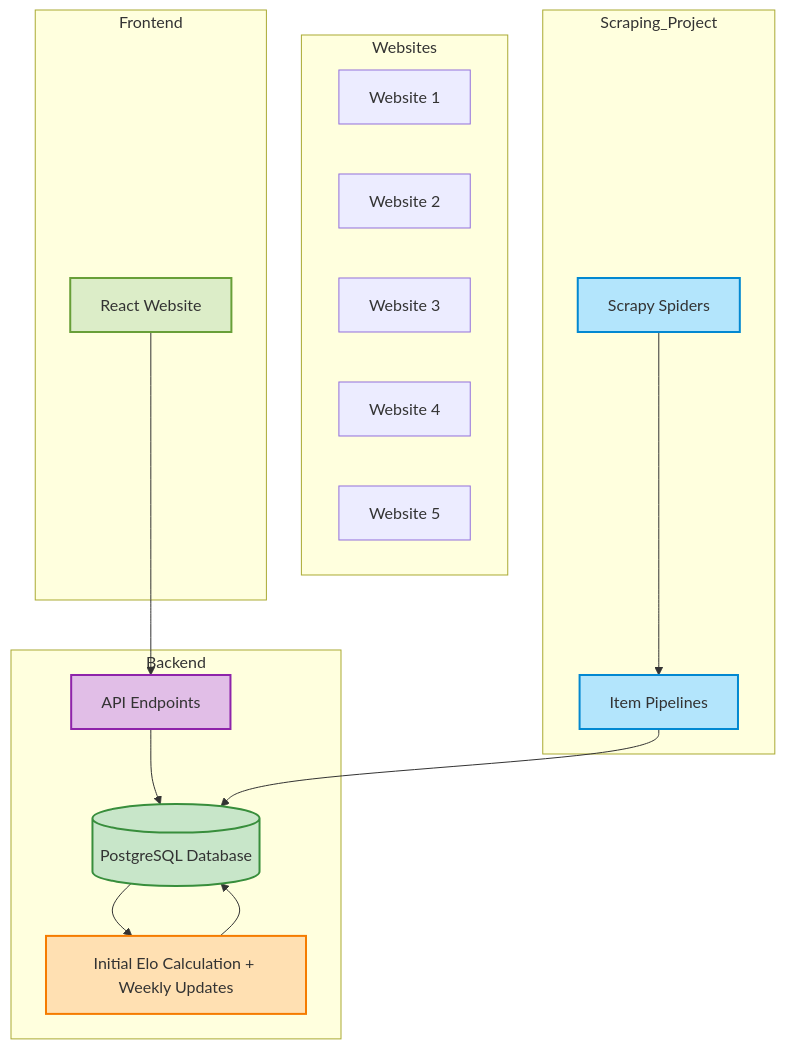
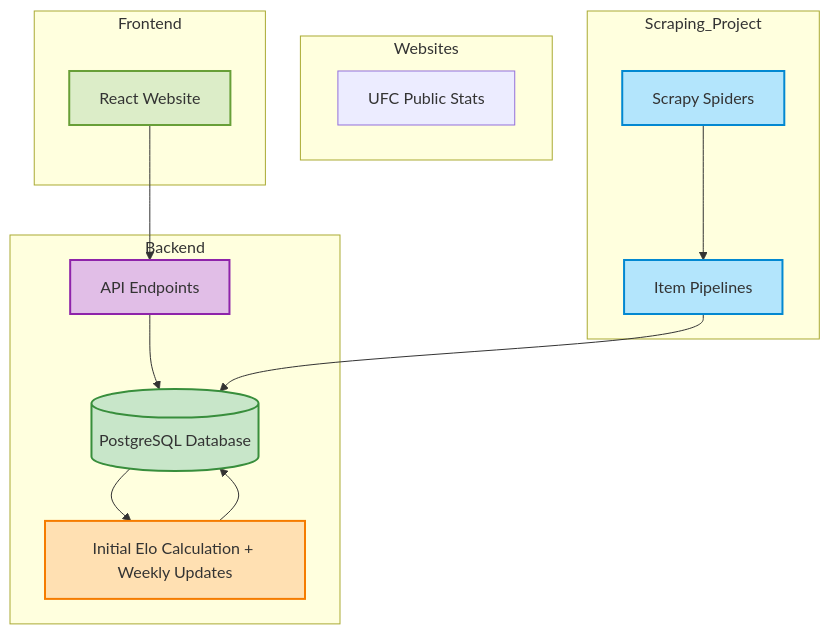
The diagram in README.md (alpinedev51/mma-elo-engine-py), drawn with Mermaid before and after one commit.

````diff
--- a/README.md
+++ b/README.md
@@ -52,45 +52,41 @@
 ```mermaid
 flowchart TD
 
     subgraph Websites
-        W1[Website 1]
-        W2[Website 2]
-        W3[Website 3]
-        W4[Website 4]
-        W5[Website 5]
+        W1[UFC Public Stats]
     end
 
     subgraph Scraping_Project
         A1[Scrapy Spiders] --> A2[Item Pipelines]
         click A1 "Scrapy Spiders regularly crawl MMA websites for fighter data."
         click A2 "Pipelines process and store the fighter data into the database."
     end
 
     subgraph Backend
         B1[(PostgreSQL Database)] --> C1[Initial Elo Calculation + Weekly Updates]
         C1 --> B1
         D1[API Endpoints] --> B1
         click B1 "PostgreSQL database houses fighter data and Elo scores."
         click C1 "A weekly job calculates and updates Elo ratings."
         click D1 "APIs provide access to stored data."
     end
 
     subgraph Frontend
         E1[React Website] --> D1
         click E1 "Data is displayed on a React-based frontend."
     end
 
     A2 --> B1
 
     classDef blue fill:#B3E5FC,stroke:#0288D1,stroke-width:2px;
     classDef green fill:#C8E6C9,stroke:#388E3C,stroke-width:2px;
     classDef orange fill:#FFE0B2,stroke:#F57C00,stroke-width:2px;
     classDef purple fill:#E1BEE7,stroke:#8E24AA,stroke-width:2px;
     classDef lightgreen fill:#DCEDC8,stroke:#689F38,stroke-width:2px;
 
     class A1,A2 blue;
     class B1 green;
     class C1 orange;
     class D1 purple;
     class E1 lightgreen;
 ```
````
